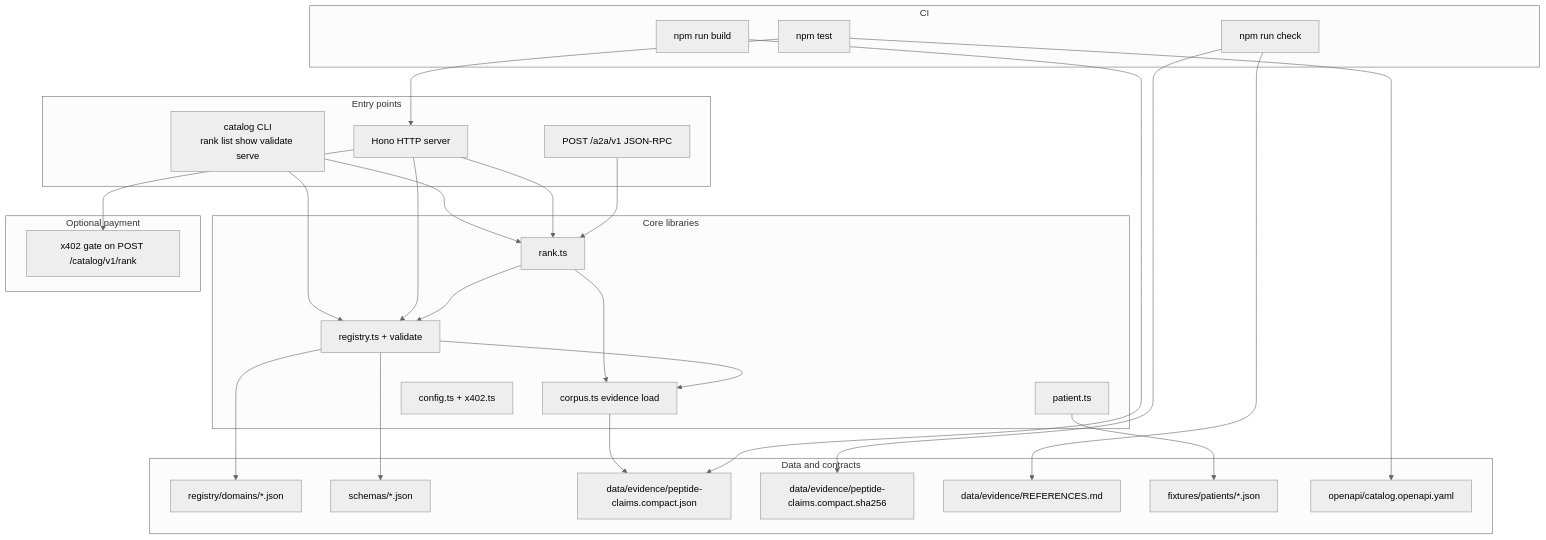
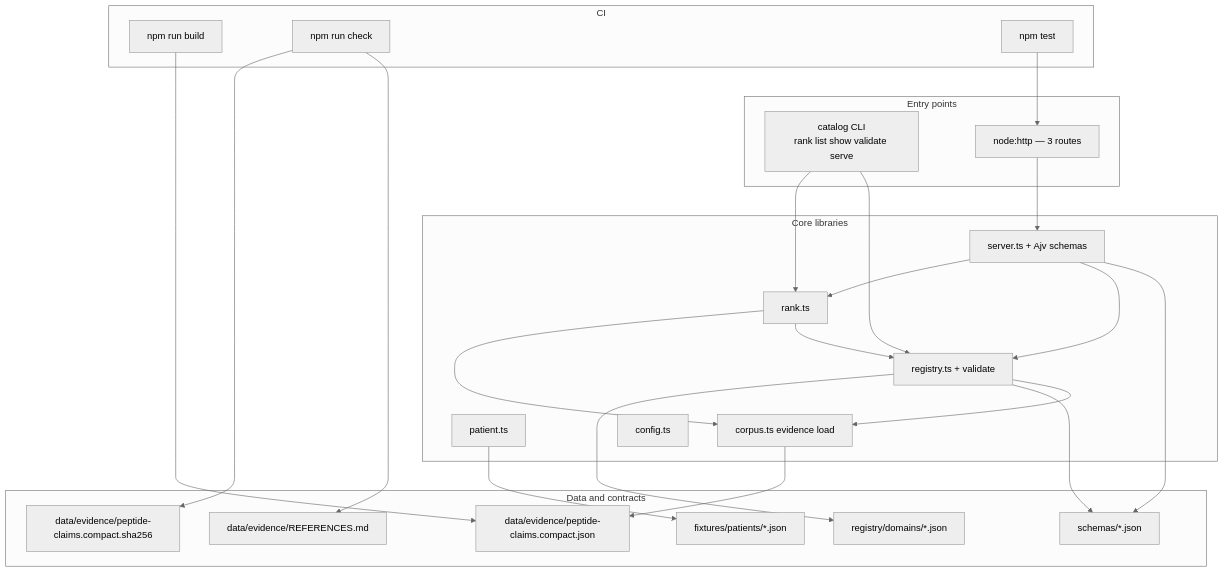
One commit to wetware-hq/catalog changed the diagram in docs/architecture.mermaid. Above: the diagram before and after it, drawn with Mermaid (neutral theme). The commit also changed 19 other files, not shown here.

First line of the commit message:
Primitive HTTP: three routes, node:http only, drop OpenAPI/x402

```diff
--- a/docs/architecture.mermaid
+++ b/docs/architecture.mermaid
@@ -1,53 +1,47 @@
 flowchart TB
   subgraph entry [Entry points]
     CLI[catalog CLI\nrank list show validate serve]
-    HTTP[Hono HTTP server]
-    RPC[POST /a2a/v1 JSON-RPC]
+    HTTP[node:http — 3 routes]
   end
 
   subgraph core [Core libraries]
     RANK[rank.ts]
     REG[registry.ts + validate]
     PAT[patient.ts]
     CORP[corpus.ts evidence load]
-    CFG[config.ts + x402.ts]
+    CFG[config.ts]
+    SRV[server.ts + Ajv schemas]
   end
 
   subgraph data [Data and contracts]
     REGJSON[registry/domains/*.json]
     SCHEMAS[schemas/*.json]
     EVID[data/evidence/peptide-claims.compact.json]
     SHA[data/evidence/peptide-claims.compact.sha256]
     REFS[data/evidence/REFERENCES.md]
     FIX[fixtures/patients/*.json]
-    OAS[openapi/catalog.openapi.yaml]
-  end
-
-  subgraph pay [Optional payment]
-    X402[x402 gate on POST /catalog/v1/rank]
   end
 
   subgraph ci [CI]
     BUILD[npm run build]
     CHK[npm run check]
     TST[npm test]
   end
 
   CLI --> RANK
   CLI --> REG
-  HTTP --> RANK
-  HTTP --> REG
-  RPC --> RANK
-  HTTP --> X402
+  HTTP --> SRV
+  SRV --> RANK
+  SRV --> REG
+  SRV --> SCHEMAS
   RANK --> CORP
   RANK --> REG
   REG --> REGJSON
   REG --> SCHEMAS
   REG --> CORP
   PAT --> FIX
   CORP --> EVID
   BUILD --> EVID
   CHK --> SHA
   CHK --> REFS
   TST --> HTTP
-  TST --> OAS
```
